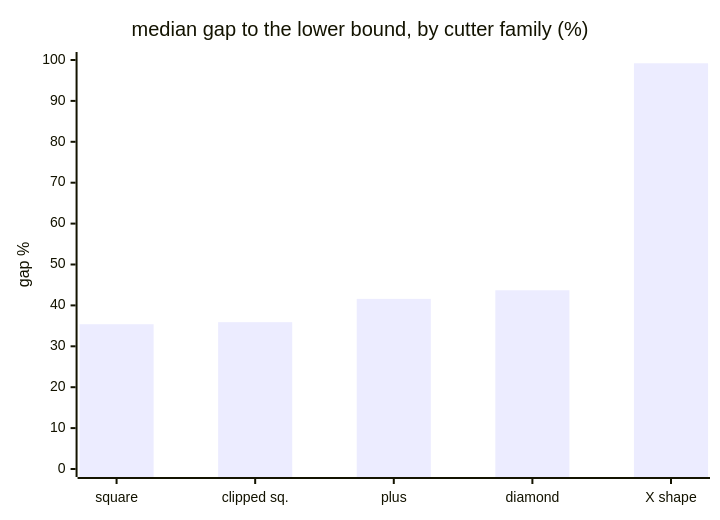
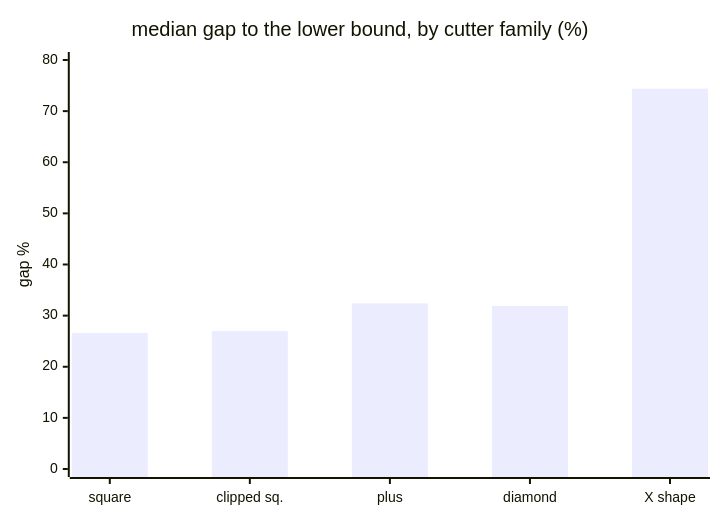
Before and after one commit to voltro33/CG-SHOP-2027: the seventh of 7 diagrams in docs/how-it-works.md, drawn with Mermaid. The commit also changed other lines of this file and 4 other files, not shown here.

````diff
--- a/docs/how-it-works.md
+++ b/docs/how-it-works.md
@@ -280,7 +374,7 @@
 ```mermaid
 xychart-beta
     title "median gap to the lower bound, by cutter family (%)"
     x-axis ["square", "clipped sq.", "plus", "diamond", "X shape"]
-    y-axis "gap %" 0 --> 100
-    bar [35.4, 35.9, 41.6, 43.7, 99.2]
+    y-axis "gap %" 0 --> 80
+    bar [26.6, 27.0, 32.4, 31.9, 74.4]
 ```
````
